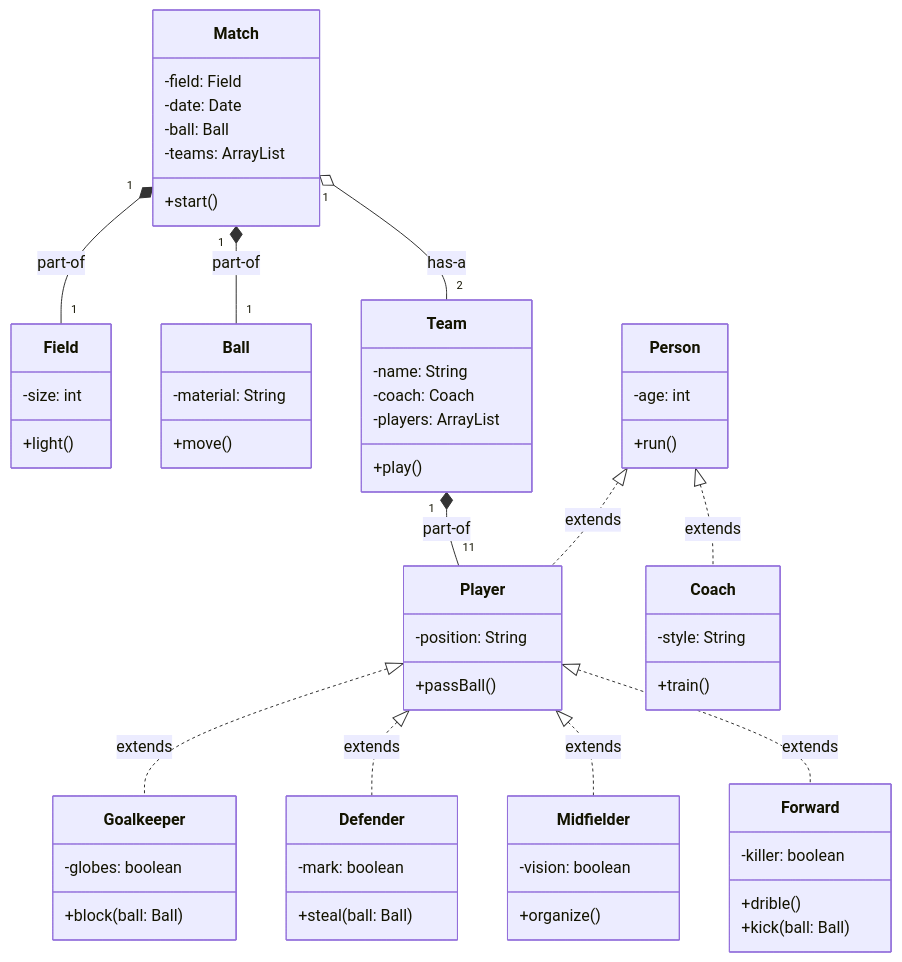
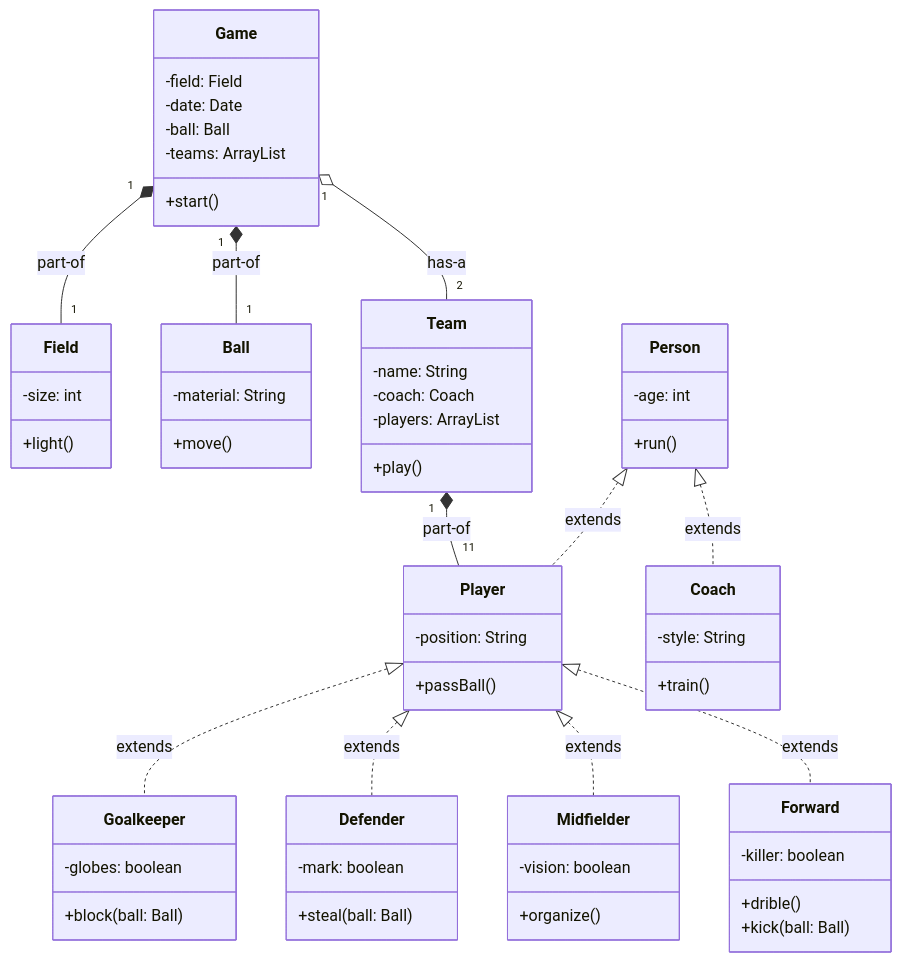
Before and after one commit to Stucom-Pelai/MP0492_Git_Java_Football: the diagram in README.md, drawn with Mermaid. The commit also changed 1 other file, not shown here.

Commit message:
rename match to game

````diff
--- a/README.md
+++ b/README.md
@@ -9,77 +9,77 @@
 ```mermaid
 classDiagram
-   class Match {
+   class Game {
     -field: Field
     -date: Date
 	-ball: Ball
     -teams: ArrayList<Team>
     +start()
   }
 
   class Field {
     -size: int
     +light()
   }
 
   class Team {
     -name: String
 	-coach: Coach
     -players: ArrayList<Player>
     +play()
   }
   class Ball {
     -material: String
     +move()
   }
  
    class Person {
     -age: int
     +run()
   }
 
   class Player {
     -position: String
     +passBall()
   }
 
     
 
    class Coach {
     -style: String
     +train()
   }      
 
 
   class Goalkeeper {
     -globes: boolean
     +block(ball: Ball)
   }  
 
   class Defender {
     -mark: boolean
     +steal(ball: Ball)
   }
 
   class Midfielder {
     -vision: boolean
     +organize()
   }
 
   class Forward {
     -killer: boolean
     +drible()
     +kick(ball: Ball)
   } 
     Person <|..  Player : extends
     Person <|..  Coach : extends
     Player <|.. Goalkeeper : extends
     Player <|.. Defender : extends
     Player <|.. Midfielder : extends
     Player <|.. Forward : extends  
-    Match "1" *-- "1" Field: part-of
-    Match "1" *-- "1" Ball: part-of
-    Match "1" o-- "2" Team : has-a
+    Game "1" *-- "1" Field: part-of
+    Game "1" *-- "1" Ball: part-of
+    Game "1" o-- "2" Team : has-a
     Team "1" *-- "11" Player : part-of
 
     
 ```
````
